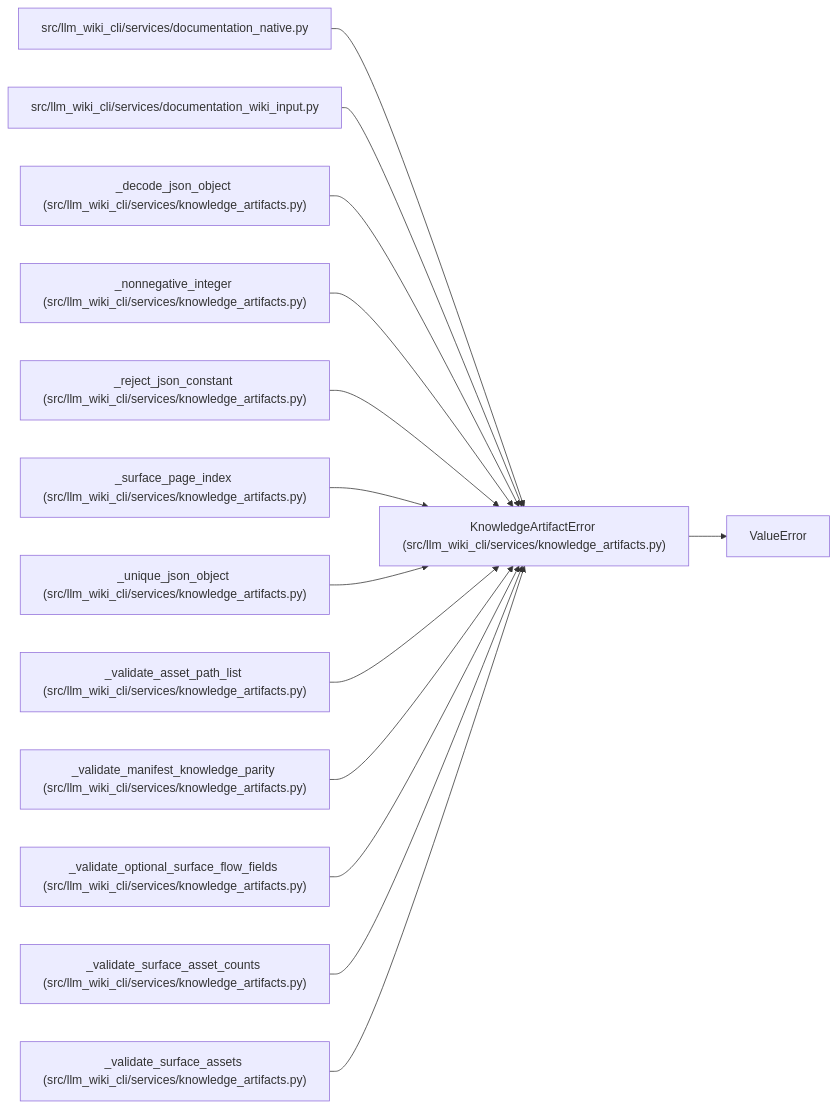
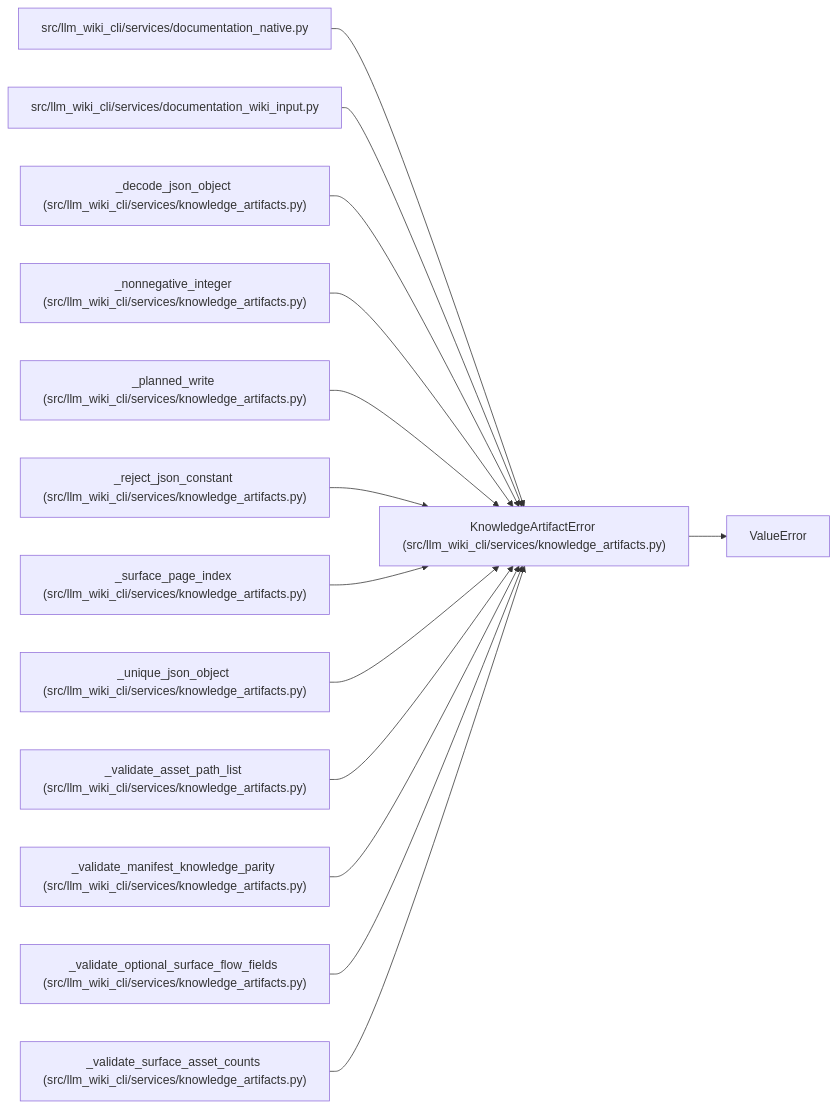
Before and after one commit to Denissvgn/python-wiki-llm: the diagram in docs/llm_wiki/entities/KnowledgeArtifactError.md, drawn with Mermaid. The commit also changed other lines of this file and 865 other files, not shown here.

````diff
--- a/docs/llm_wiki/entities/KnowledgeArtifactError.md
+++ b/docs/llm_wiki/entities/KnowledgeArtifactError.md
@@ -25,43 +25,43 @@
 ```mermaid
 flowchart LR
     n0["KnowledgeArtifactError (src/llm_wiki_cli/services/knowledge_artifacts.py)"]
     n1["ValueError"]
     n2["src/llm_wiki_cli/services/documentation_native.py"]
     n3["src/llm_wiki_cli/services/documentation_wiki_input.py"]
     n4["_decode_json_object (src/llm_wiki_cli/services/knowledge_artifacts.py)"]
     n5["_nonnegative_integer (src/llm_wiki_cli/services/knowledge_artifacts.py)"]
-    n6["_reject_json_constant (src/llm_wiki_cli/services/knowledge_artifacts.py)"]
-    n7["_surface_page_index (src/llm_wiki_cli/services/knowledge_artifacts.py)"]
-    n8["_unique_json_object (src/llm_wiki_cli/services/knowledge_artifacts.py)"]
-    n9["_validate_asset_path_list (src/llm_wiki_cli/services/knowledge_artifacts.py)"]
-    n10["_validate_manifest_knowledge_parity (src/llm_wiki_cli/services/knowledge_artifacts.py)"]
-    n11["_validate_optional_surface_flow_fields (src/llm_wiki_cli/services/knowledge_artifacts.py)"]
-    n12["_validate_surface_asset_counts (src/llm_wiki_cli/services/knowledge_artifacts.py)"]
-    n13["_validate_surface_assets (src/llm_wiki_cli/services/knowledge_artifacts.py)"]
+    n6["_planned_write (src/llm_wiki_cli/services/knowledge_artifacts.py)"]
+    n7["_reject_json_constant (src/llm_wiki_cli/services/knowledge_artifacts.py)"]
+    n8["_surface_page_index (src/llm_wiki_cli/services/knowledge_artifacts.py)"]
+    n9["_unique_json_object (src/llm_wiki_cli/services/knowledge_artifacts.py)"]
+    n10["_validate_asset_path_list (src/llm_wiki_cli/services/knowledge_artifacts.py)"]
+    n11["_validate_manifest_knowledge_parity (src/llm_wiki_cli/services/knowledge_artifacts.py)"]
+    n12["_validate_optional_surface_flow_fields (src/llm_wiki_cli/services/knowledge_artifacts.py)"]
+    n13["_validate_surface_asset_counts (src/llm_wiki_cli/services/knowledge_artifacts.py)"]
     n0 --> n1
     n2 --> n0
     n3 --> n0
     n4 --> n0
     n5 --> n0
     n6 --> n0
     n7 --> n0
     n8 --> n0
     n9 --> n0
     n10 --> n0
     n11 --> n0
     n12 --> n0
     n13 --> n0
     click n0 "../modules/knowledge_artifacts.md"
     click n2 "../modules/documentation_native.md"
     click n3 "../modules/documentation_wiki_input.md"
     click n4 "../modules/knowledge_artifacts.md"
     click n5 "../modules/knowledge_artifacts.md"
     click n6 "../modules/knowledge_artifacts.md"
     click n7 "../modules/knowledge_artifacts.md"
     click n8 "../modules/knowledge_artifacts.md"
     click n9 "../modules/knowledge_artifacts.md"
     click n10 "../modules/knowledge_artifacts.md"
     click n11 "../modules/knowledge_artifacts.md"
     click n12 "../modules/knowledge_artifacts.md"
     click n13 "../modules/knowledge_artifacts.md"
 ```
````
